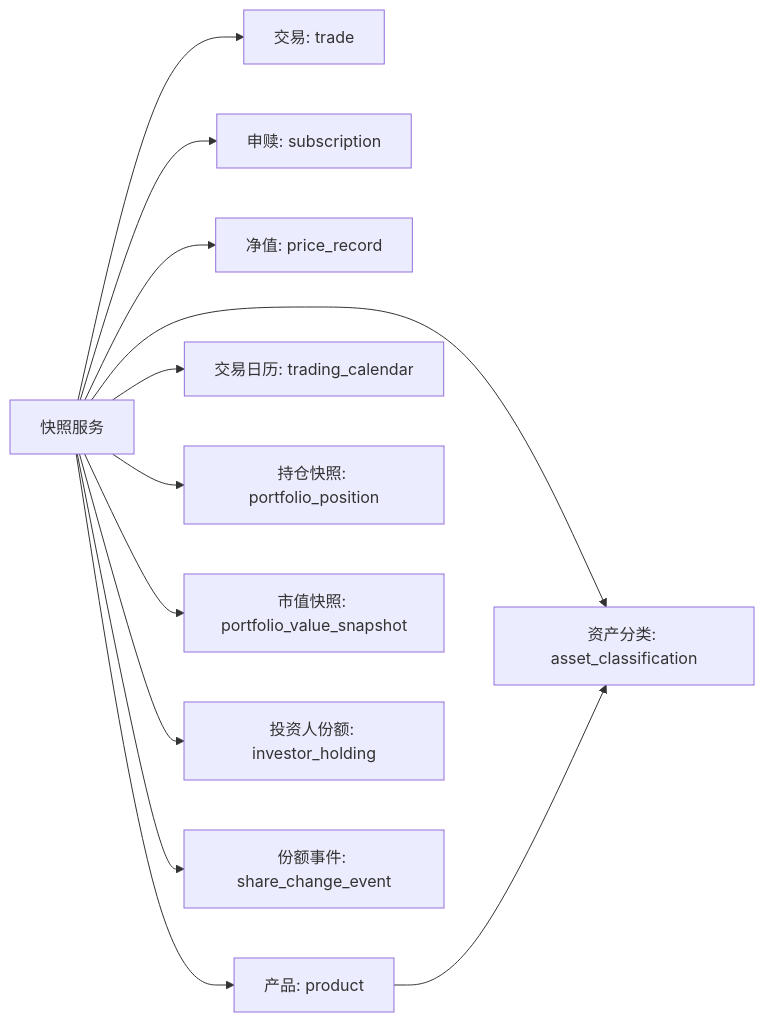
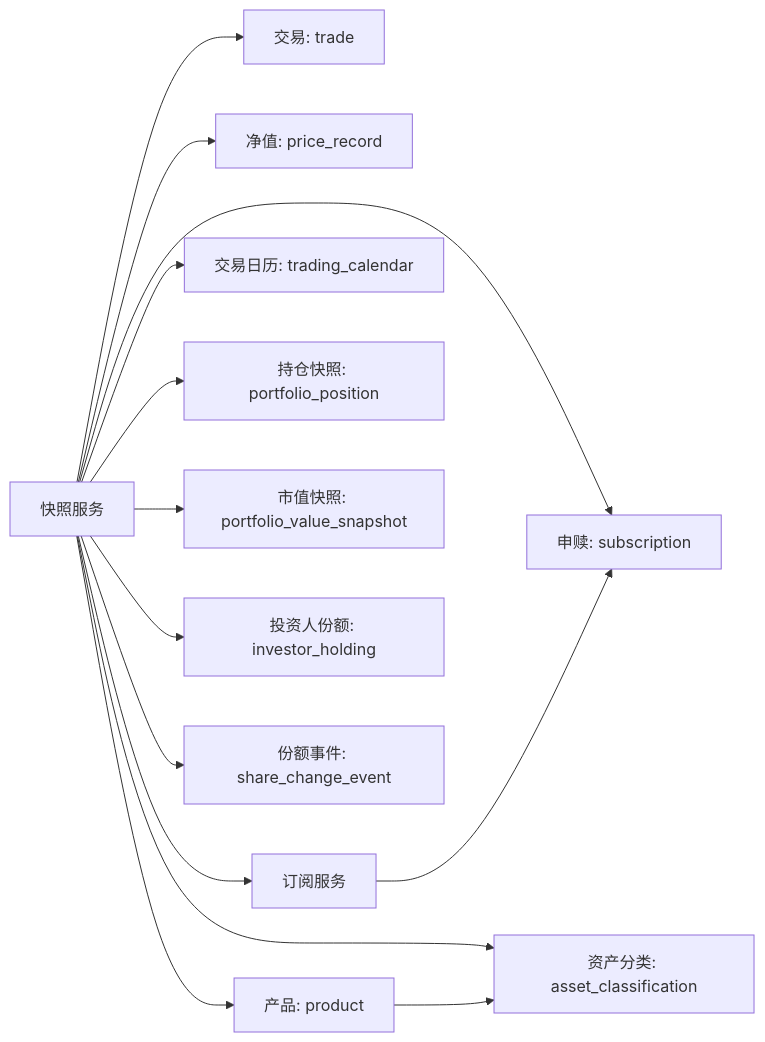
Before and after one commit to gujialind/InvestRing: the fourth of 4 diagrams in .qoder/repowiki/zh/content/核心业务功能/净值快照系统.md, drawn with Mermaid. The commit also changed other lines of this file and 39 other files, not shown here.

````diff
--- a/.qoder/repowiki/zh/content/核心业务功能/净值快照系统.md
+++ b/.qoder/repowiki/zh/content/核心业务功能/净值快照系统.md
@@ -335,14 +392,16 @@
 ```mermaid
 graph LR
 Service["快照服务"] --> Trade["交易: trade"]
 Service --> Sub["申赎: subscription"]
 Service --> Price["净值: price_record"]
 Service --> Prod["产品: product"]
 Service --> Cal["交易日历: trading_calendar"]
 Service --> Pos["持仓快照: portfolio_position"]
 Service --> Val["市值快照: portfolio_value_snapshot"]
 Service --> Hold["投资人份额: investor_holding"]
 Service --> Event["份额事件: share_change_event"]
 Service --> AssetClass["资产分类: asset_classification"]
+Service --> SubService["订阅服务"]
+SubService --> Sub
 Prod --> AssetClass
 ```
````
